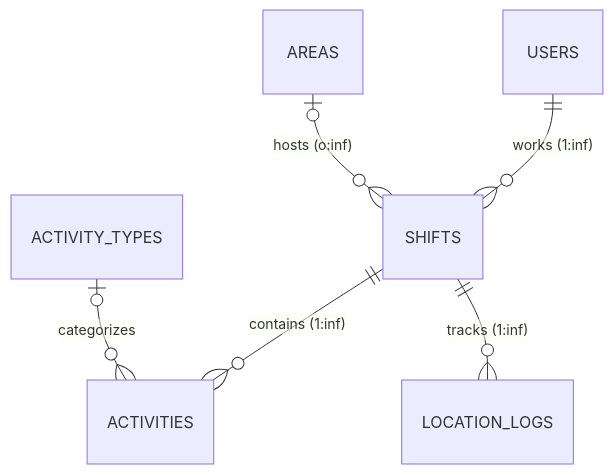
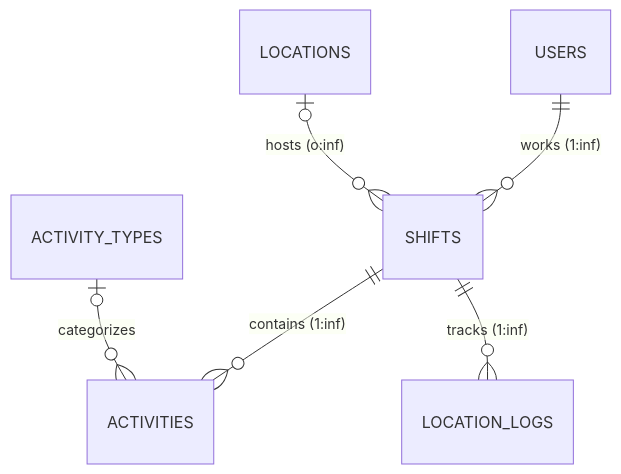
The sixth of 13 diagrams in specs/database/erd.md (dlhsby/sekar), drawn with Mermaid before and after one commit. The commit also changed other lines of this file and 53 other files, not shown here.

````diff
--- a/specs/database/erd.md
+++ b/specs/database/erd.md
@@ -377,8 +377,8 @@
 ```mermaid
 erDiagram
     USERS ||--o{ SHIFTS : "works (1:inf)"
-    AREAS o|--o{ SHIFTS : "hosts (o:inf)"
+    LOCATIONS o|--o{ SHIFTS : "hosts (o:inf)"
     SHIFTS ||--o{ ACTIVITIES : "contains (1:inf)"
     SHIFTS ||--o{ LOCATION_LOGS : "tracks (1:inf)"
     ACTIVITY_TYPES o|--o{ ACTIVITIES : "categorizes"
 ```
````
